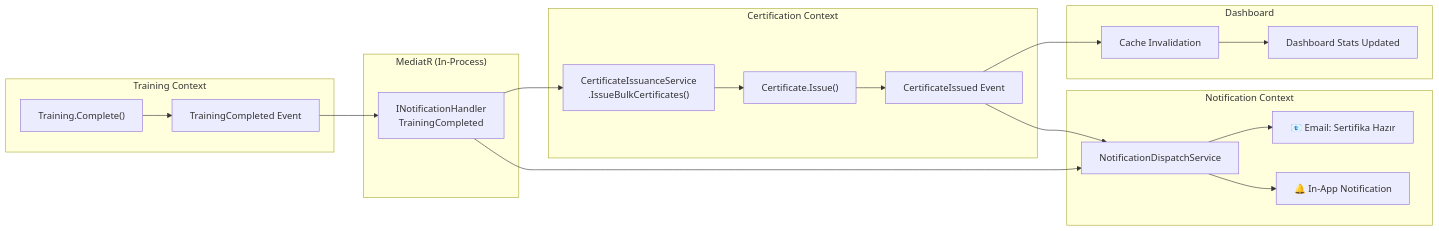
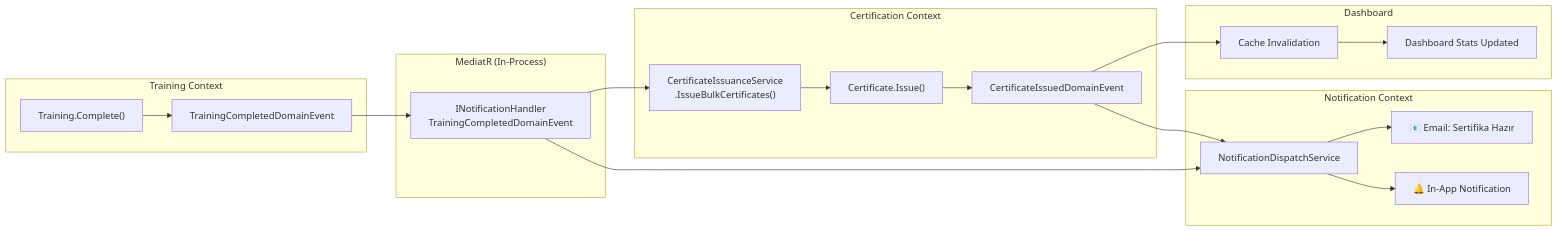
Before and after one commit to fatma-oncu/SafeFlow-AI: diagram 20 of 20 in docs/domain-model.md, drawn with Mermaid. The commit also changed other lines of this file and 40 other files, not shown here.

````diff
--- a/docs/domain-model.md
+++ b/docs/domain-model.md
@@ -1297,28 +1530,28 @@
 ```mermaid
 graph LR
     subgraph "Training Context"
-        A["Training.Complete()"] --> B["TrainingCompleted Event"]
+        A["Training.Complete()"] --> B["TrainingCompletedDomainEvent"]
     end
 
     subgraph "MediatR (In-Process)"
-        B --> C["INotificationHandler<br/>TrainingCompleted"]
+        B --> C["INotificationHandler<br/>TrainingCompletedDomainEvent"]
     end
 
     subgraph "Certification Context"
         C --> D["CertificateIssuanceService<br/>.IssueBulkCertificates()"]
         D --> E["Certificate.Issue()"]
-        E --> F["CertificateIssued Event"]
+        E --> F["CertificateIssuedDomainEvent"]
     end
 
     subgraph "Notification Context"
         C --> G["NotificationDispatchService"]
         F --> G
         G --> H["📧 Email: Sertifika Hazır"]
         G --> I["🔔 In-App Notification"]
     end
 
     subgraph "Dashboard"
         F --> J["Cache Invalidation"]
         J --> K["Dashboard Stats Updated"]
     end
 ```
````
